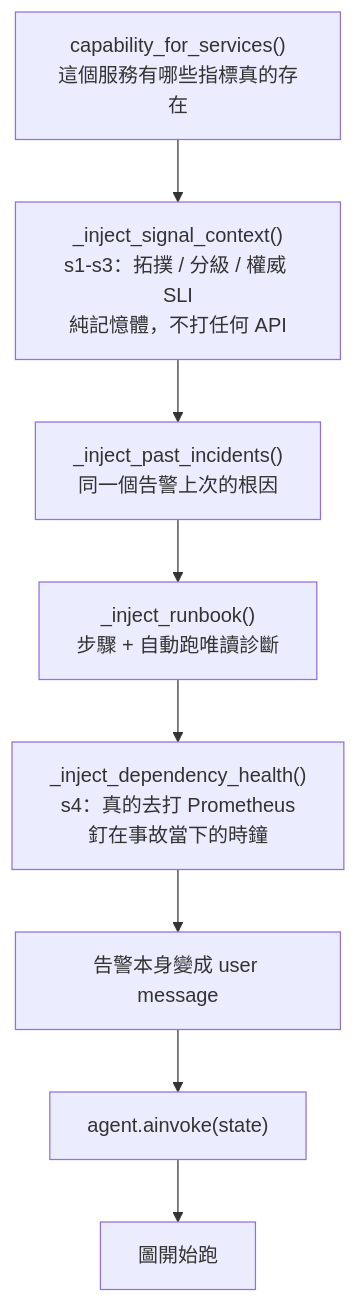
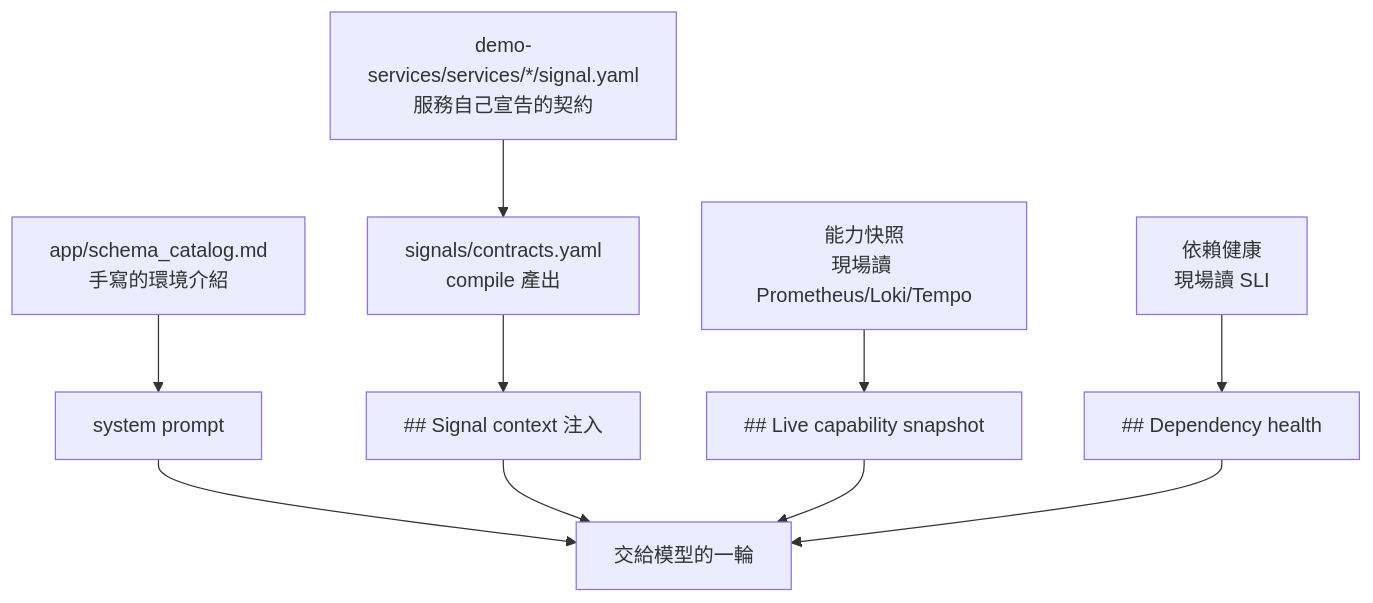
One commit to tedmax100/o11y-bench changed the first of 3 diagrams in weaver-demo/ironman-2026/day21.md. Above: the diagram before and after it, drawn with Mermaid. The commit also changed other lines of this file and 81 other files, not shown here.

````diff
--- a/weaver-demo/ironman-2026/day21.md
+++ b/weaver-demo/ironman-2026/day21.md
@@ -73,10 +77,12 @@
 ```mermaid
 flowchart TB
-    A["capability_for_services()<br/>這個服務有哪些指標真的存在"] --> B["_inject_signal_context()<br/>s1-s3：拓撲 / 分級 / 權威 SLI<br/>純記憶體，不打任何 API"]
-    B --> C["_inject_past_incidents()<br/>同一個告警上次的根因"]
-    C --> D["_inject_runbook()<br/>步驟 + 自動跑唯讀診斷"]
-    D --> E["_inject_dependency_health()<br/>s4：真的去打 Prometheus<br/>釘在事故當下的時鐘"]
-    E --> F["告警本身變成 user message"]
-    F --> G["agent.ainvoke(state)"]
-    G --> H["圖開始跑"]
+    SC["app/schema_catalog.md<br/>手寫的環境介紹"] --> SP["system prompt"]
+    SY["demo-services/services/*/signal.yaml<br/>服務自己宣告的契約"] --> CY["signals/contracts.yaml<br/>compile 產出"]
+    CY --> INJ["## Signal context 注入"]
+    CAP["能力快照<br/>現場讀 Prometheus/Loki/Tempo"] --> INJ2["## Live capability snapshot"]
+    DEP["依賴健康<br/>現場讀 SLI"] --> INJ3["## Dependency health"]
+    SP --> M["交給模型的一輪"]
+    INJ --> M
+    INJ2 --> M
+    INJ3 --> M
 ```
````
